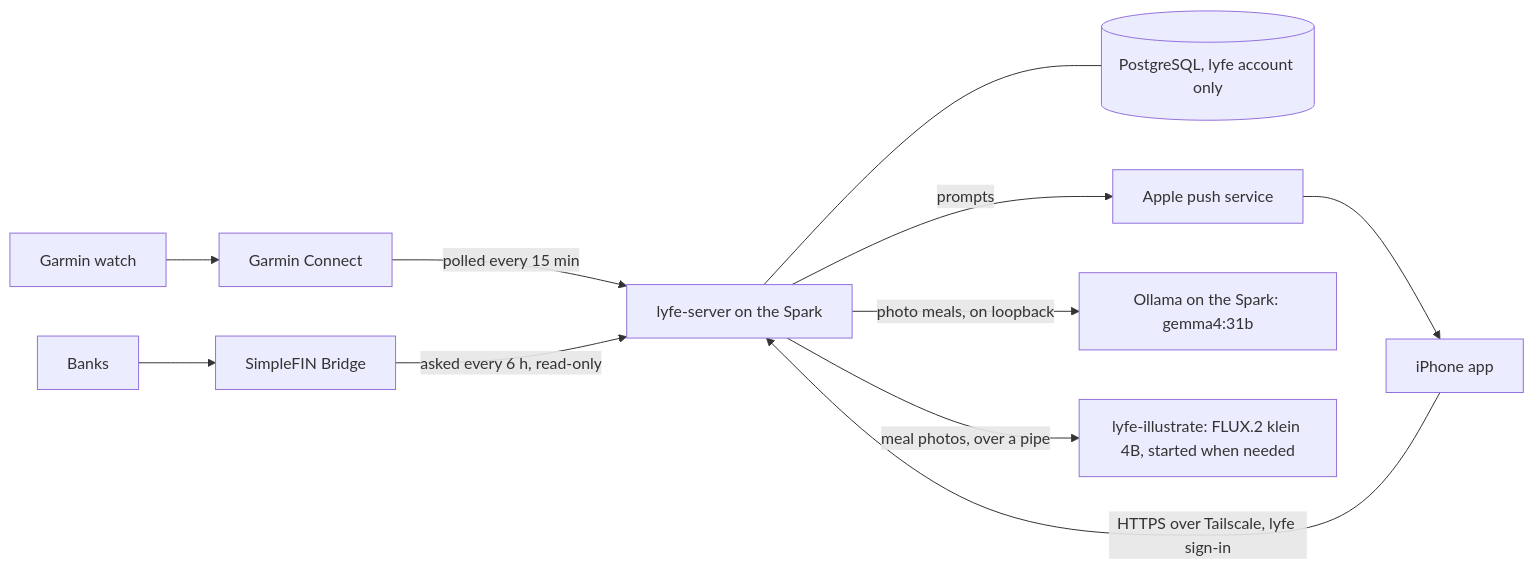
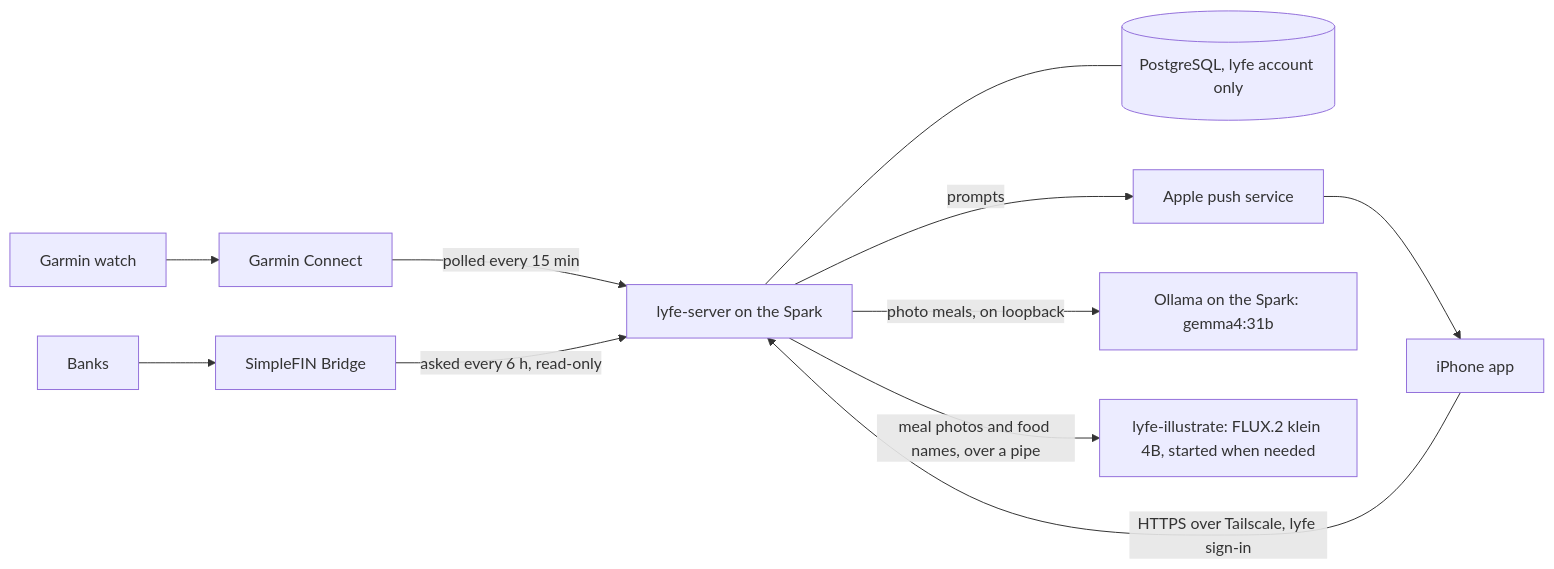
One commit to EduardKakosyan/lyfe changed the diagram in README.md. Above: the diagram before and after it, drawn with Mermaid. The commit also changed other lines of this file and 28 other files, not shown here.

````diff
--- a/README.md
+++ b/README.md
@@ -18,12 +18,12 @@
 ```mermaid
 flowchart LR
     watch[Garmin watch] --> garmin[Garmin Connect]
     garmin -- polled every 15 min --> server[lyfe-server on the Spark]
     server --- db[(PostgreSQL, lyfe account only)]
     phone[iPhone app] -- HTTPS over Tailscale, lyfe sign-in --> server
     server -- prompts --> apple[Apple push service] --> phone
     server -- photo meals, on loopback --> ollama[Ollama on the Spark: gemma4:31b]
-    server -- meal photos, over a pipe --> illustrator[lyfe-illustrate: FLUX.2 klein 4B, started when needed]
+    server -- meal photos and food names, over a pipe --> illustrator[lyfe-illustrate: FLUX.2 klein 4B, started when needed]
     banks[Banks] --> bridge[SimpleFIN Bridge]
     bridge -- asked every 6 h, read-only --> server
 ```
````
